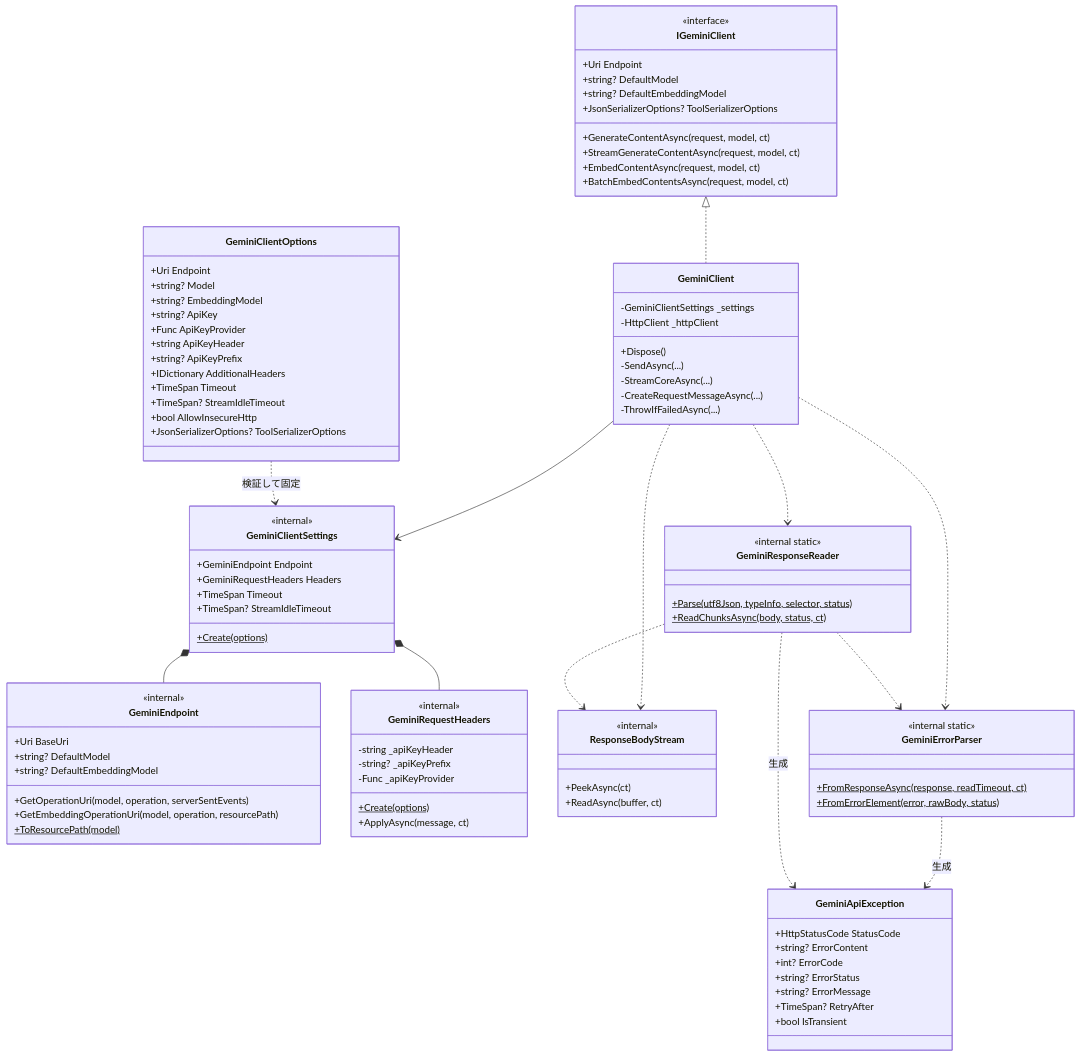
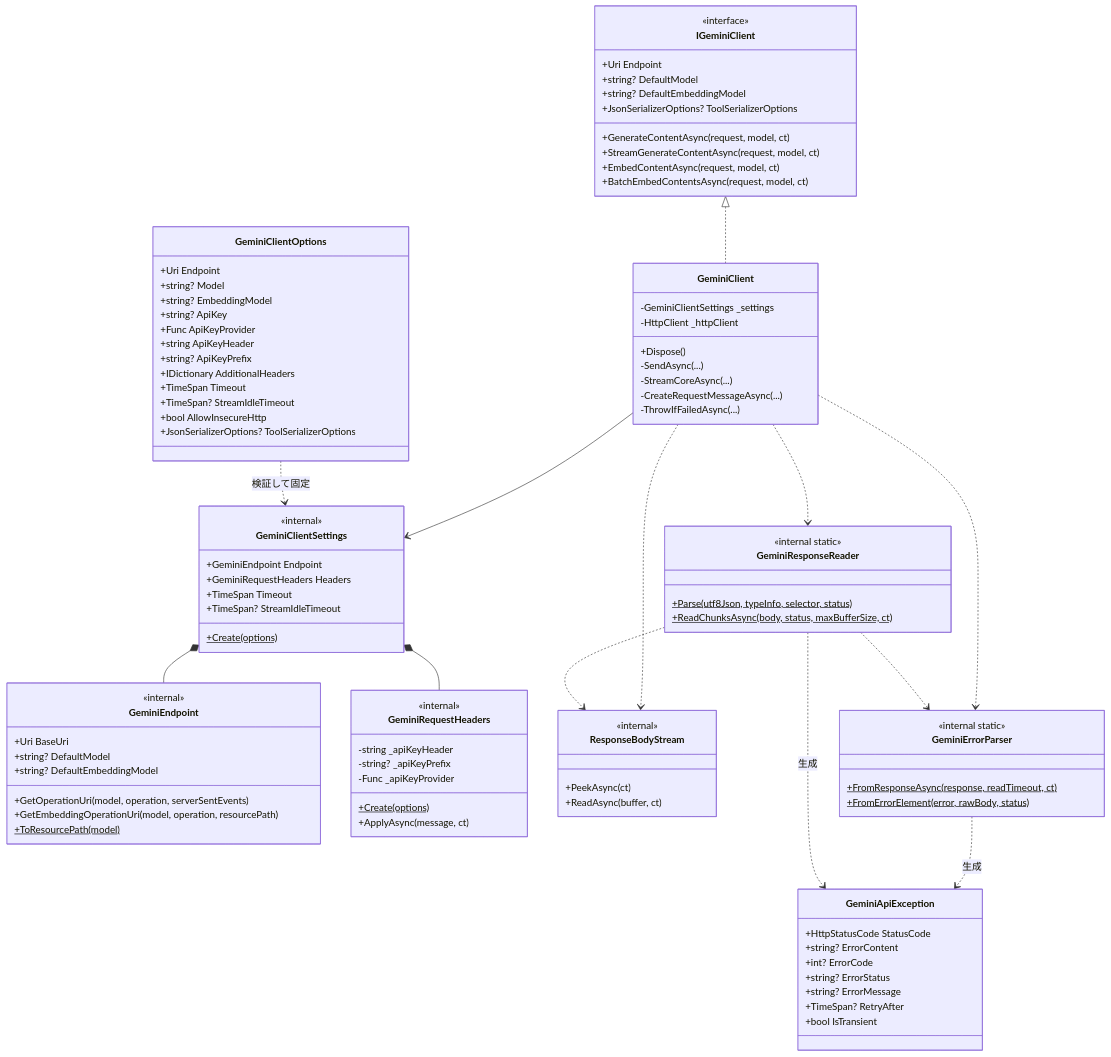
Before and after one commit to Osg-Junue/GeminiGatewayClient: the third of 15 diagrams in docs/ARCHITECTURE.md, drawn with Mermaid. The commit also changed other lines of this file and 33 other files, not shown here.

```diff
--- a/docs/ARCHITECTURE.md
+++ b/docs/ARCHITECTURE.md
@@ -151,7 +151,7 @@
     class GeminiResponseReader {
         <<internal static>>
         +Parse(utf8Json, typeInfo, selector, status)$
-        +ReadChunksAsync(body, status, ct)$
+        +ReadChunksAsync(body, status, maxBufferSize, ct)$
     }
 
     class ResponseBodyStream {
```
